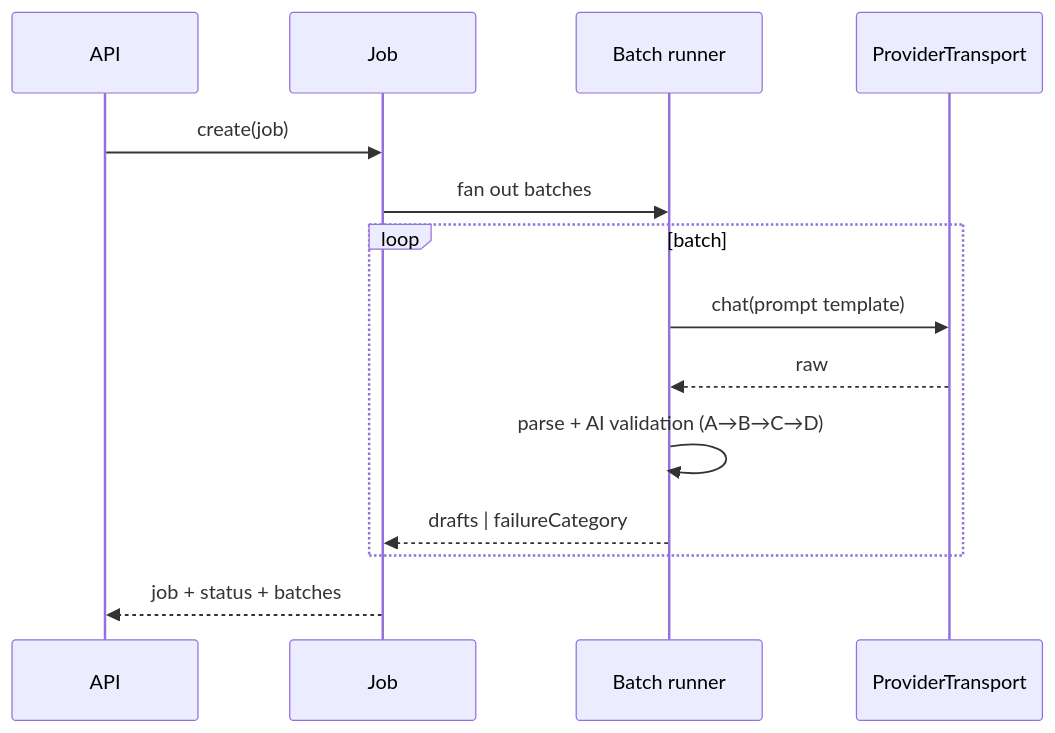
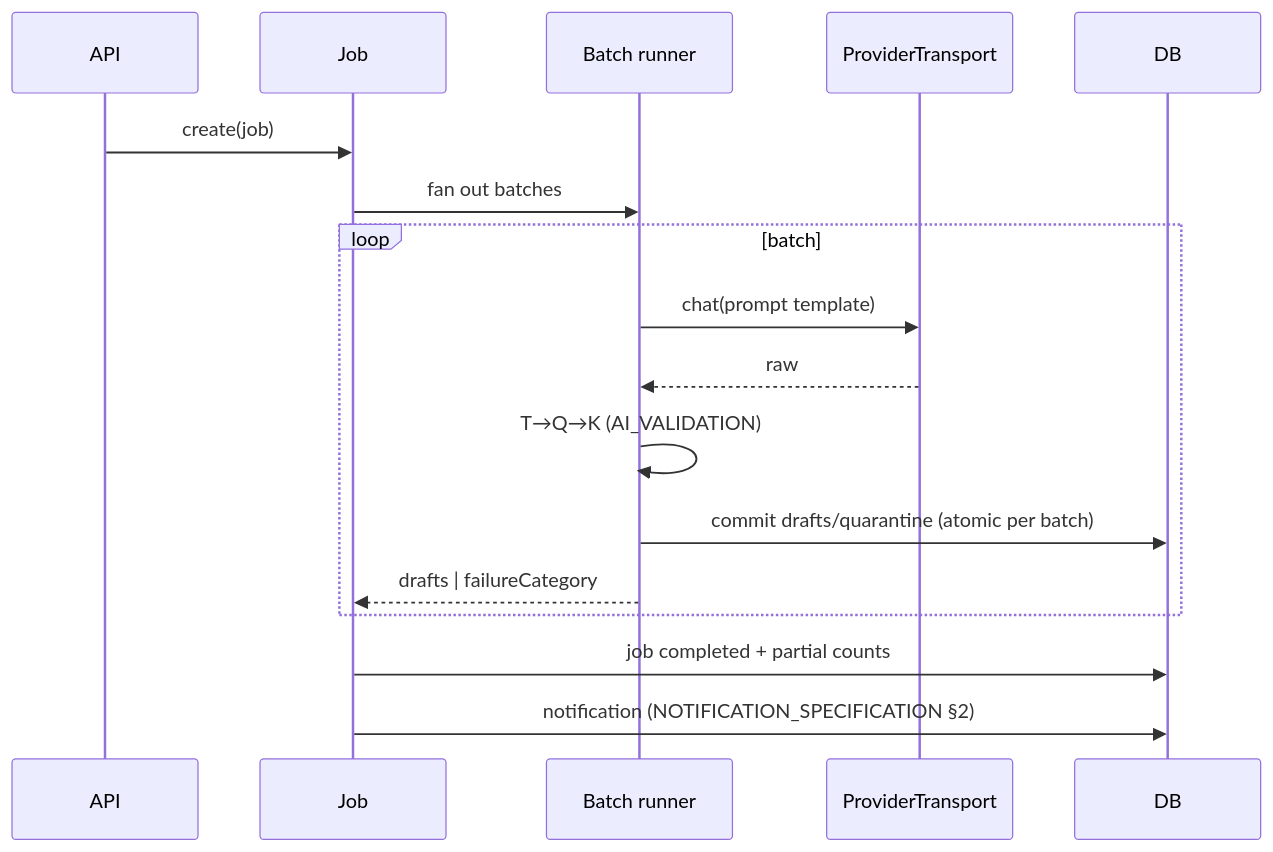
Before and after one commit to Sakbanullah/tryoutsim: the diagram in docs/backend/GENERATION_JOBS.md, drawn with Mermaid. The commit also changed other lines of this file and 74 other files, not shown here.

````diff
--- a/docs/backend/GENERATION_JOBS.md
+++ b/docs/backend/GENERATION_JOBS.md
@@ -15,16 +15,19 @@
 ```mermaid
 sequenceDiagram
   participant API
   participant Job
   participant Batch as Batch runner
   participant AI as ProviderTransport
+  participant DB
   API->>Job: create(job)
   Job->>Batch: fan out batches
   loop batch
     Batch->>AI: chat(prompt template)
     AI-->>Batch: raw
-    Batch->>Batch: parse + AI validation (A→B→C→D)
+    Batch->>Batch: T→Q→K (AI_VALIDATION)
+    Batch->>DB: commit drafts/quarantine (atomic per batch)
     Batch-->>Job: drafts | failureCategory
   end
-  Job-->>API: job + status + batches
+  Job->>DB: job completed + partial counts
+  Job->>DB: notification (NOTIFICATION_SPECIFICATION §2)
 ```
````
